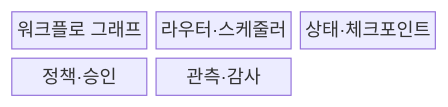
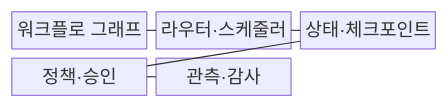
The first of 2 diagrams in src/content/docs/notes/08-latest-tech/014_agent_orchestration.md (agnusdei1207/knowledge-base), drawn with Mermaid before and after one commit. The commit also changed other lines of this file and 228 other files, not shown here.

````diff
--- a/src/content/docs/notes/08-latest-tech/014_agent_orchestration.md
+++ b/src/content/docs/notes/08-latest-tech/014_agent_orchestration.md
@@ -53,9 +53,13 @@
 ```mermaid
 block-beta
     columns 3
     G["워크플로 그래프"]
     R["라우터·스케줄러"]
     S["상태·체크포인트"]
     P["정책·승인"]
     A["관측·감사"]
+    G --- R
+    R --- S
+    S --- P
+    P --- A
 ```
````
